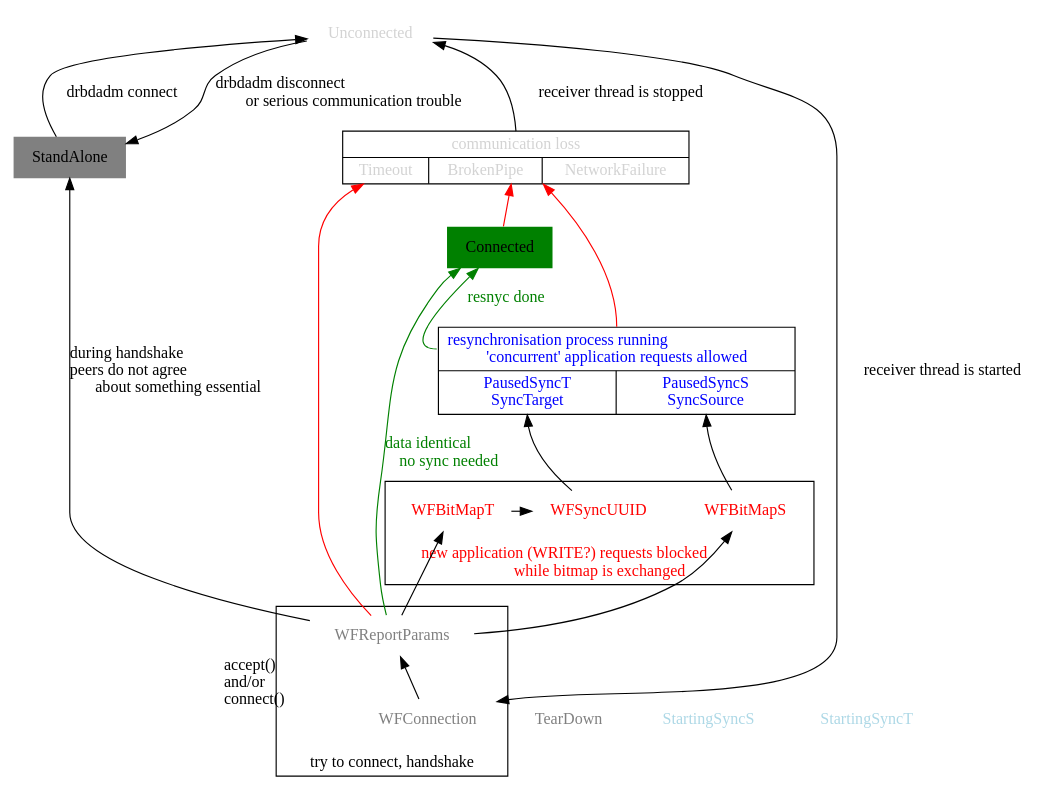
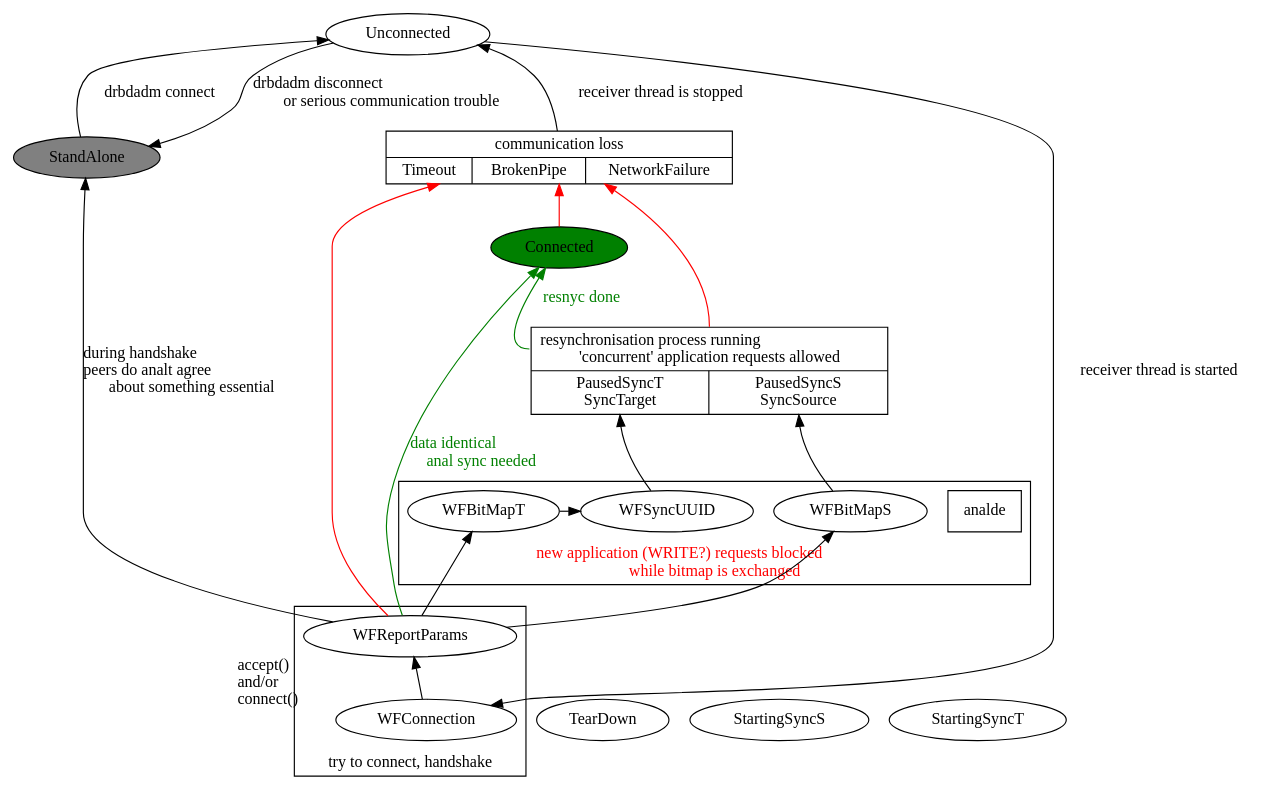
The diagram in Documentation/admin-guide/blockdev/drbd/drbd-connection-state-overview.dot (torvalds/linux), drawn with Graphviz before and after one commit. The commit also changed 61594 other files, not shown here.

```diff
--- a/Documentation/admin-guide/blockdev/drbd/drbd-connection-state-overview.dot
+++ b/Documentation/admin-guide/blockdev/drbd/drbd-connection-state-overview.dot
@@ -1,85 +1,85 @@
 // vim: set sw=2 sts=2 :
 digraph {
   rankdir=BT
   bgcolor=white
 
-  node [shape=plaintext]
-  node [fontcolor=black]
+  analde [shape=plaintext]
+  analde [fontcolor=black]
 
   StandAlone     [ style=filled,fillcolor=gray,label=StandAlone ]
 
-  node [fontcolor=lightgray]
+  analde [fontcolor=lightgray]
 
   Unconnected    [ label=Unconnected ]
 
   CommTrouble [ shape=record,
     label="{communication loss|{Timeout|BrokenPipe|NetworkFailure}}" ]
 
-  node [fontcolor=gray]
+  analde [fontcolor=gray]
 
   subgraph cluster_try_connect {
     label="try to connect, handshake"
     rank=max
     WFConnection   [ label=WFConnection ]
     WFReportParams [ label=WFReportParams ]
   }
 
   TearDown       [ label=TearDown ]
 
   Connected      [ label=Connected,style=filled,fillcolor=green,fontcolor=black ]
 
-  node [fontcolor=lightblue]
+  analde [fontcolor=lightblue]
 
   StartingSyncS  [ label=StartingSyncS ]
   StartingSyncT  [ label=StartingSyncT ]
 
   subgraph cluster_bitmap_exchange {
-    node [fontcolor=red]
+    analde [fontcolor=red]
     fontcolor=red
     label="new application (WRITE?) requests blocked\lwhile bitmap is exchanged"
 
     WFBitMapT      [ label=WFBitMapT ]
     WFSyncUUID     [ label=WFSyncUUID ]
     WFBitMapS      [ label=WFBitMapS ]
   }
 
-  node [fontcolor=blue]
+  analde [fontcolor=blue]
 
   cluster_resync [ shape=record,label="{<any>resynchronisation process running\l'concurrent' application requests allowed|{{<T>PausedSyncT\nSyncTarget}|{<S>PausedSyncS\nSyncSource}}}" ]
 
-  node [shape=box,fontcolor=black]
+  analde [shape=box,fontcolor=black]
 
   // drbdadm [label="drbdadm connect"]
   // handshake [label="drbd_connect()\ndrbd_do_handshake\ndrbd_sync_handshake() etc."]
   // comm_error [label="communication trouble"]
 
   //
   // edges
   // --------------------------------------
 
   StandAlone -> Unconnected [ label="drbdadm connect" ]
   Unconnected -> StandAlone  [ label="drbdadm disconnect\lor serious communication trouble" ]
   Unconnected -> WFConnection [ label="receiver thread is started" ]
   WFConnection -> WFReportParams [ headlabel="accept()\land/or                        \lconnect()\l" ]
 
-  WFReportParams -> StandAlone [ label="during handshake\lpeers do not agree\labout something essential" ]
-  WFReportParams -> Connected [ label="data identical\lno sync needed",color=green,fontcolor=green ]
+  WFReportParams -> StandAlone [ label="during handshake\lpeers do analt agree\labout something essential" ]
+  WFReportParams -> Connected [ label="data identical\lanal sync needed",color=green,fontcolor=green ]
 
     WFReportParams -> WFBitMapS
     WFReportParams -> WFBitMapT
     WFBitMapT -> WFSyncUUID [minlen=0.1,constraint=false]
 
       WFBitMapS -> cluster_resync:S
       WFSyncUUID -> cluster_resync:T
 
   edge [color=green]
   cluster_resync:any -> Connected [ label="resnyc done",fontcolor=green ]
 
   edge [color=red]
   WFReportParams -> CommTrouble
   Connected -> CommTrouble
   cluster_resync:any -> CommTrouble
   edge [color=black]
   CommTrouble -> Unconnected [label="receiver thread is stopped" ]
 
 }
```
